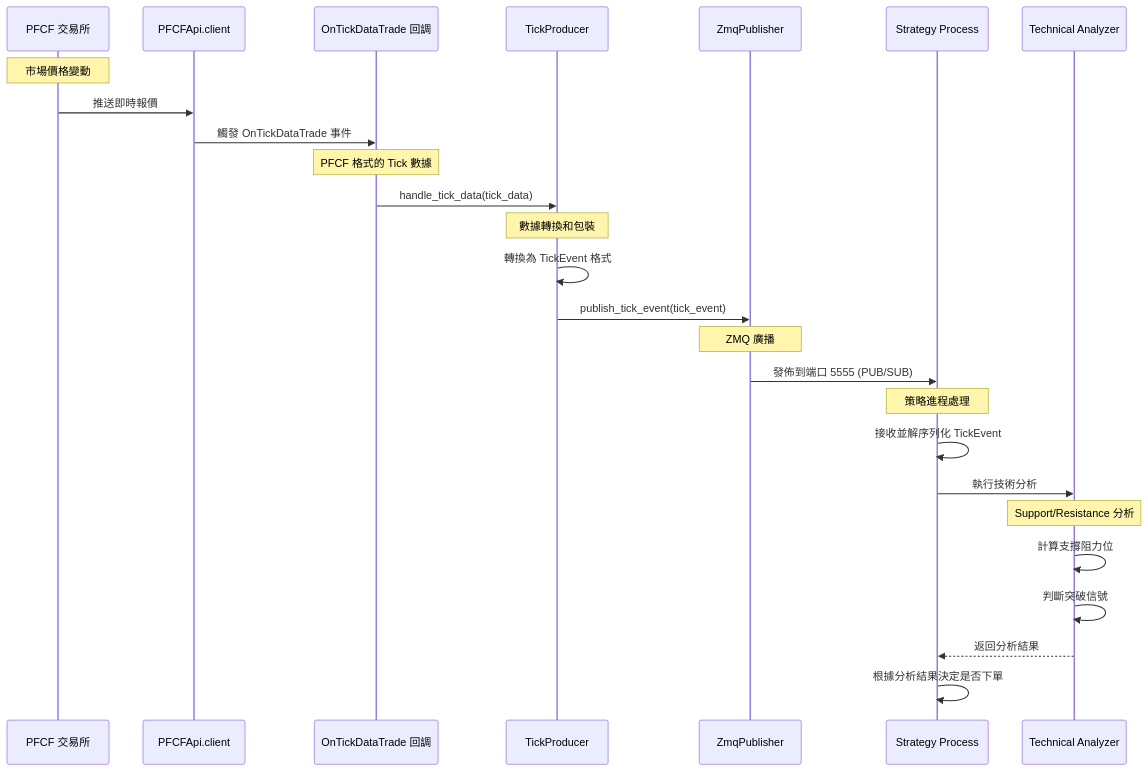
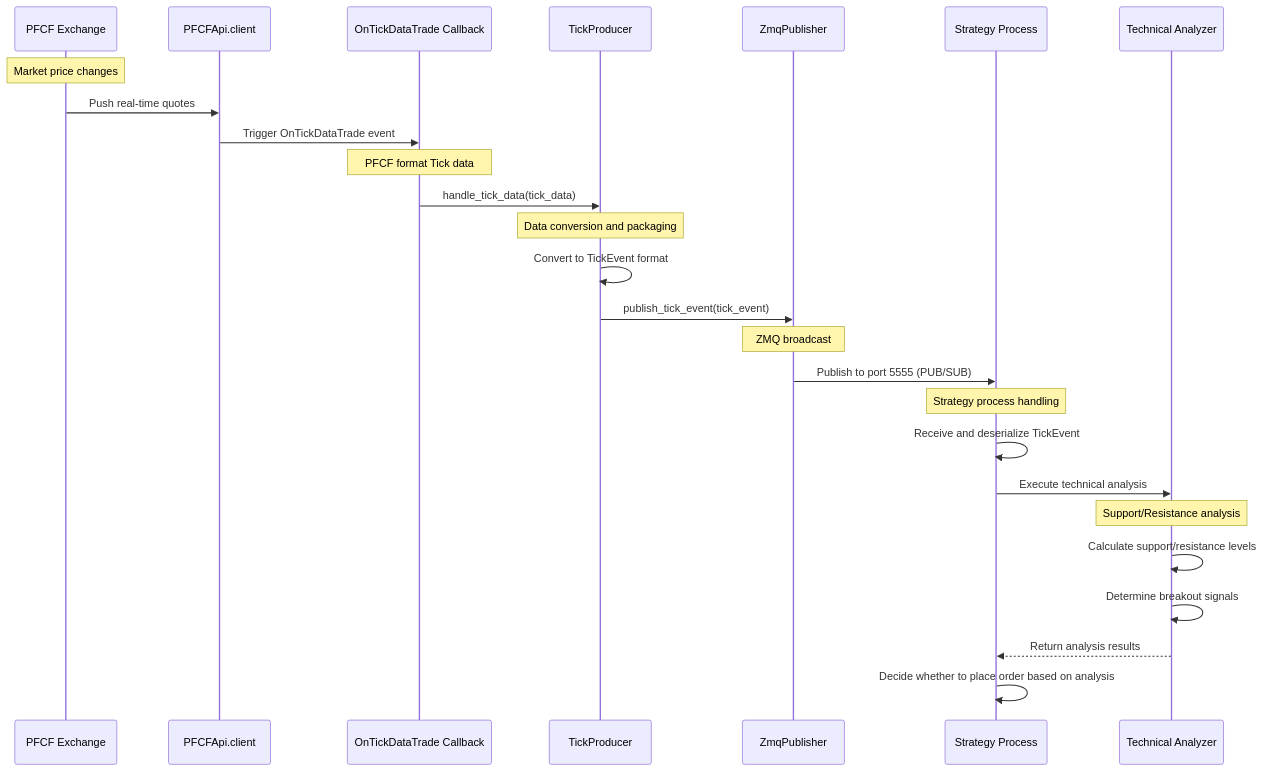
One commit to ttpss930141011/auto-futures-trading-machine changed the fifth of 11 diagrams in docs/architecture/DETAILED_FLOW_DIAGRAMS.md. Above: the diagram before and after it, drawn with Mermaid. The commit also changed other lines of this file and 6 other files, not shown here.

````diff
--- a/docs/architecture/DETAILED_FLOW_DIAGRAMS.md
+++ b/docs/architecture/DETAILED_FLOW_DIAGRAMS.md
@@ -183,35 +183,35 @@
 ```mermaid
 sequenceDiagram
-    participant Exchange as PFCF 交易所
+    participant Exchange as PFCF Exchange
     participant API as PFCFApi.client
-    participant Callback as OnTickDataTrade 回調
+    participant Callback as OnTickDataTrade Callback
     participant Producer as TickProducer
     participant Publisher as ZmqPublisher
     participant Strategy as Strategy Process
     participant Analyzer as Technical Analyzer
     
-    Note over Exchange: 市場價格變動
-    Exchange->>API: 推送即時報價
-    API->>Callback: 觸發 OnTickDataTrade 事件
+    Note over Exchange: Market price changes
+    Exchange->>API: Push real-time quotes
+    API->>Callback: Trigger OnTickDataTrade event
     
-    Note over Callback: PFCF 格式的 Tick 數據
+    Note over Callback: PFCF format Tick data
     Callback->>Producer: handle_tick_data(tick_data)
     
-    Note over Producer: 數據轉換和包裝
-    Producer->>Producer: 轉換為 TickEvent 格式
+    Note over Producer: Data conversion and packaging
+    Producer->>Producer: Convert to TickEvent format
     Producer->>Publisher: publish_tick_event(tick_event)
     
-    Note over Publisher: ZMQ 廣播
-    Publisher->>Strategy: 發佈到端口 5555 (PUB/SUB)
+    Note over Publisher: ZMQ broadcast
+    Publisher->>Strategy: Publish to port 5555 (PUB/SUB)
     
-    Note over Strategy: 策略進程處理
-    Strategy->>Strategy: 接收並解序列化 TickEvent
-    Strategy->>Analyzer: 執行技術分析
+    Note over Strategy: Strategy process handling
+    Strategy->>Strategy: Receive and deserialize TickEvent
+    Strategy->>Analyzer: Execute technical analysis
     
-    Note over Analyzer: Support/Resistance 分析
-    Analyzer->>Analyzer: 計算支撐阻力位
-    Analyzer->>Analyzer: 判斷突破信號
+    Note over Analyzer: Support/Resistance analysis
+    Analyzer->>Analyzer: Calculate support/resistance levels
+    Analyzer->>Analyzer: Determine breakout signals
     
-    Analyzer-->>Strategy: 返回分析結果
-    Strategy->>Strategy: 根據分析結果決定是否下單
+    Analyzer-->>Strategy: Return analysis results
+    Strategy->>Strategy: Decide whether to place order based on analysis
 ```
````
